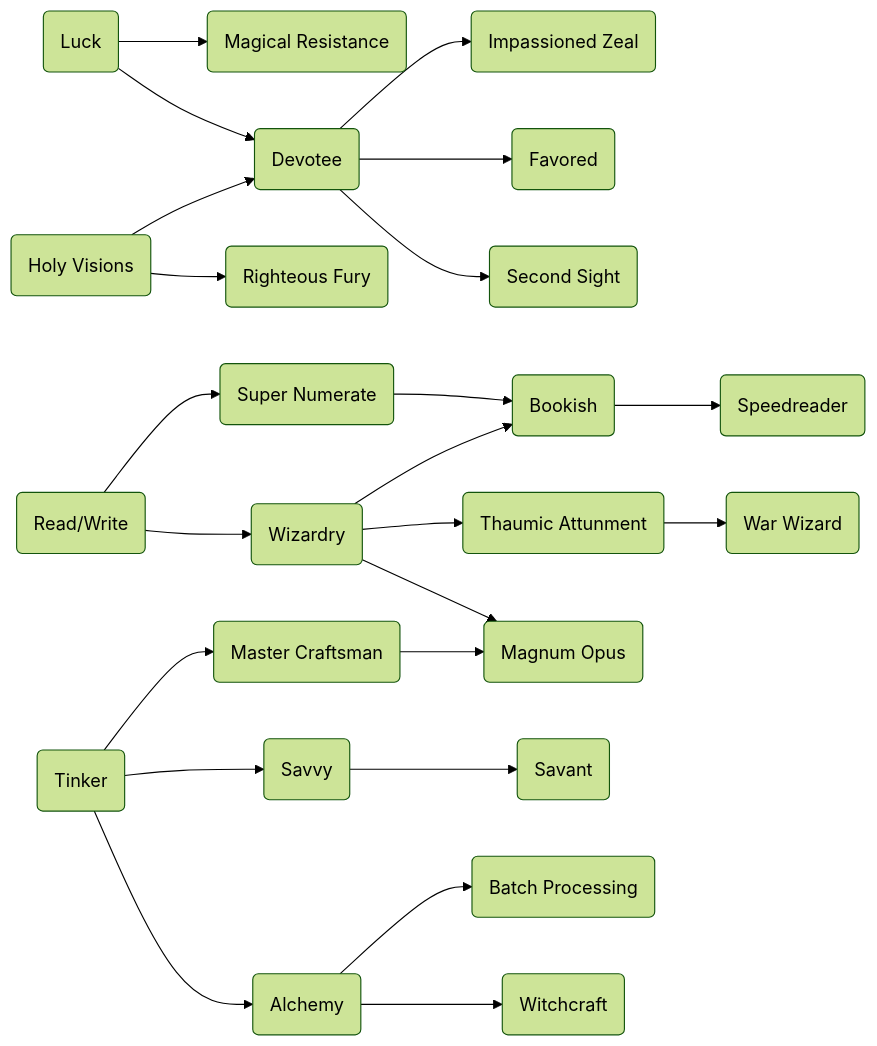
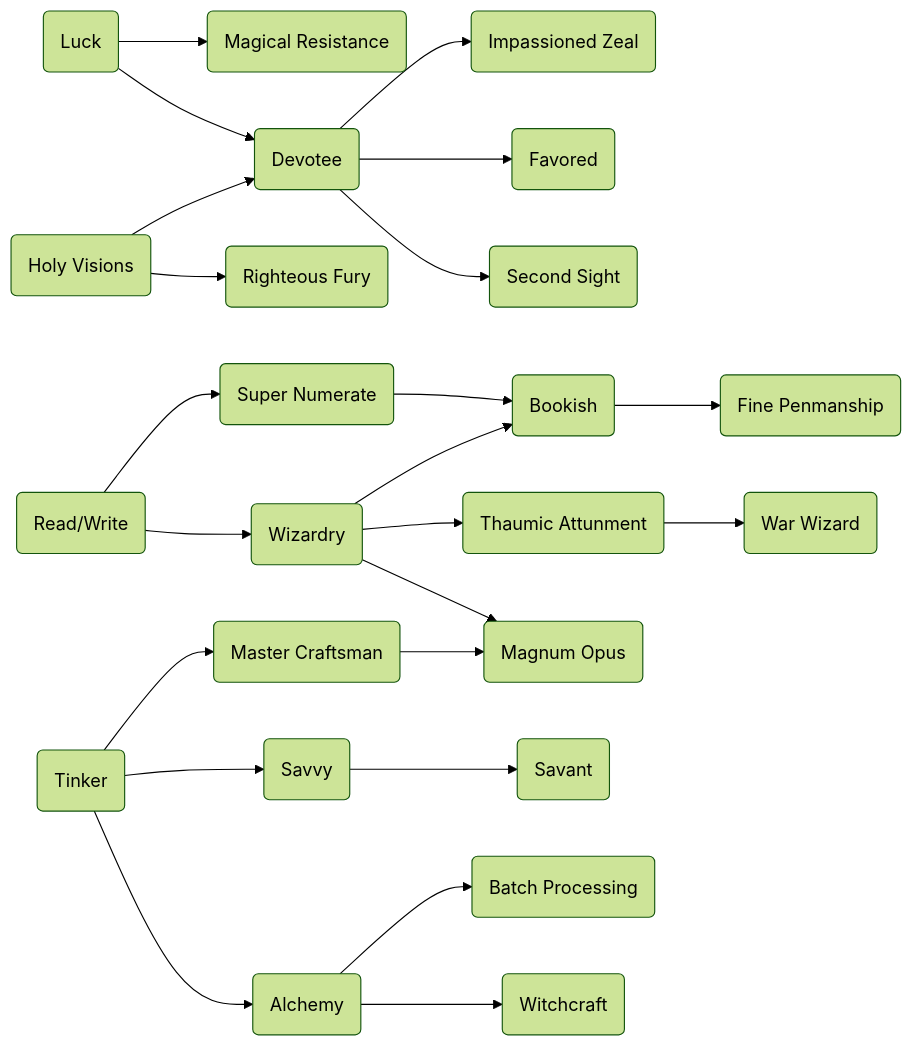
Before and after one commit to donutrj/verdigris2: the second of 4 diagrams in content/Characters/Talents/Talent Trees.md, drawn with Mermaid (forest theme). The commit also changed other lines of this file and 13 other files, not shown here.

````diff
--- a/content/Characters/Talents/Talent Trees.md
+++ b/content/Characters/Talents/Talent Trees.md
@@ -46,51 +49,51 @@
 ``` mermaid
 graph LR
 
 A(Luck)
 B(Magical Resistance)
 C(Devotee)
 D(Impassioned Zeal)
 E(Favored)
 F(Second Sight)
 G(Holy Visions)
 H(Righteous Fury)
 I(Read/Write)
 J(Super Numerate)
 K(Wizardry)
 L(Bookish)
 M(Thaumic Attunment)
 O(Magnum Opus)
-P(Speedreader)
+P(Fine Penmanship)
 Q(Tinker)
 R(Master Craftsman)
 S(Savvy)
 T(Alchemy)
 U(Savant)
 V(Batch Processing)
 W(Witchcraft)
 X(War Wizard)
 
 
 A --> B
 A --> C
 C --> D
 C --> E
 C --> F
 G --> H
 G --> C
 I --> J
 I --> K
 J --> L
 K --> L
 K --> M
 K --> O
 L --> P
 Q --> R
 Q --> S
 Q --> T
 R --> O
 S --> U
 T --> V
 T --> W
 M --> X
 ```
````
